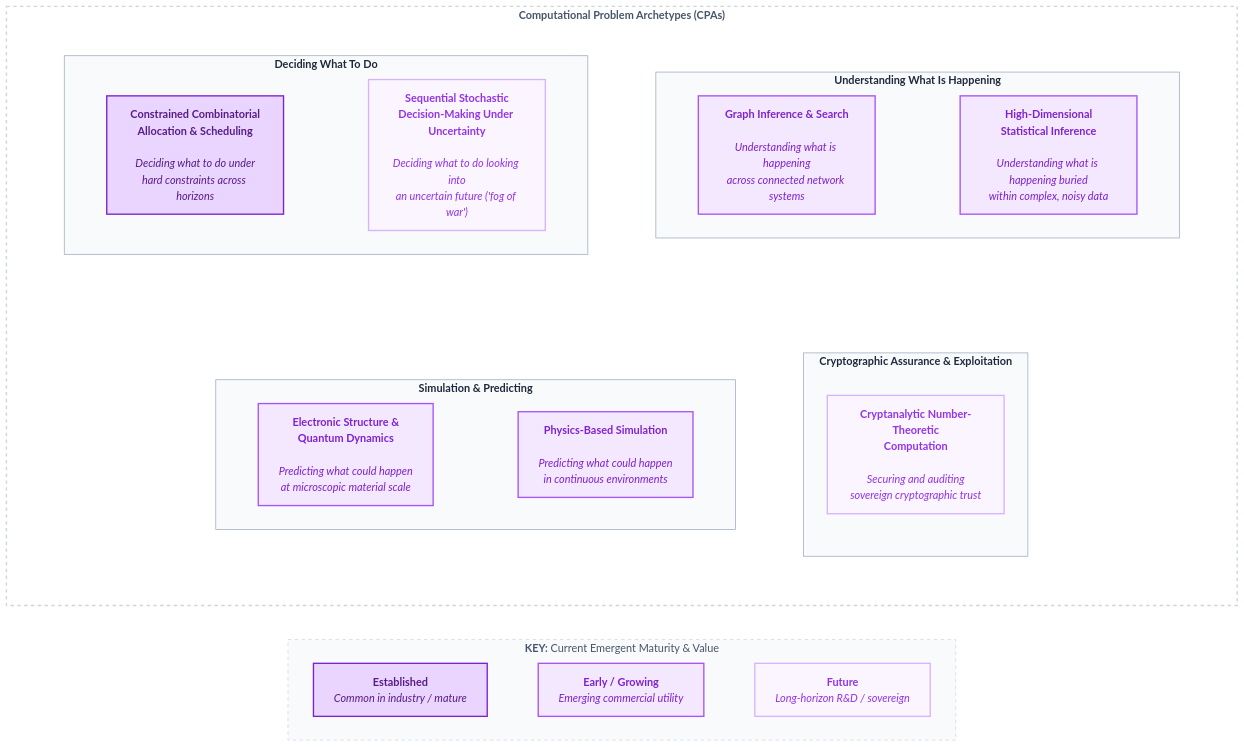
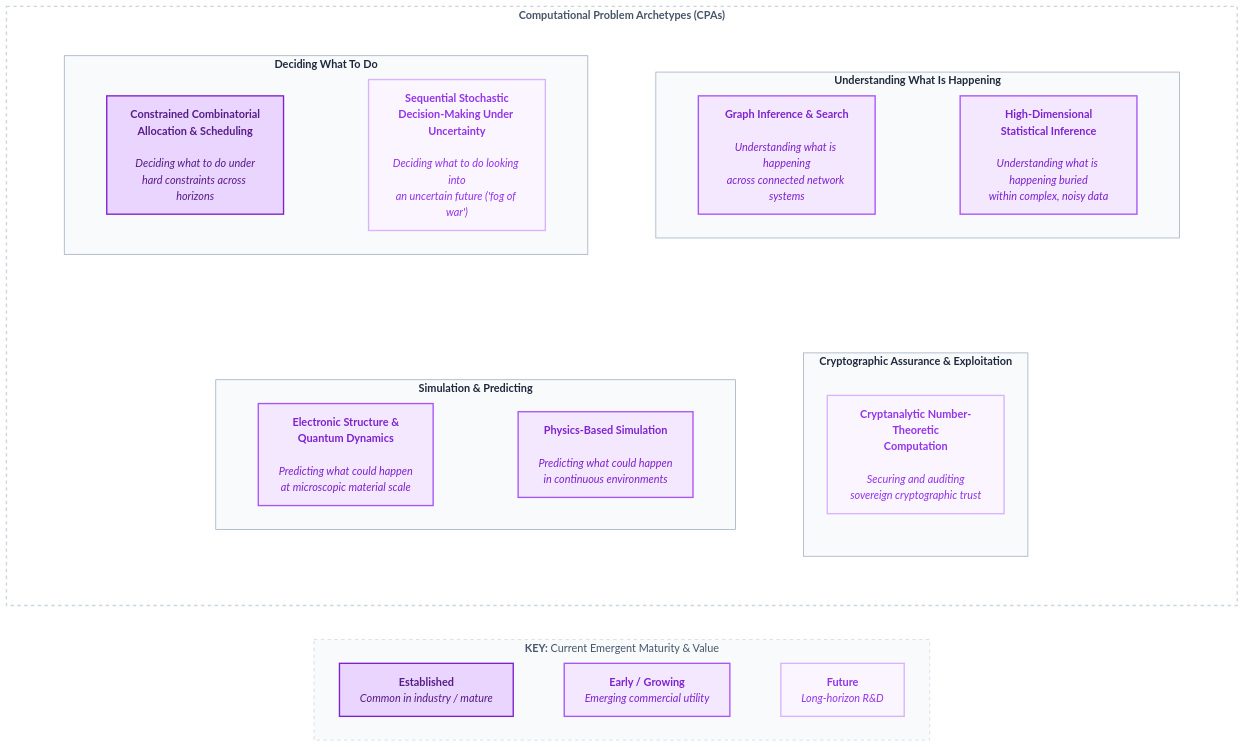
The second of 8 diagrams in quantum/The_Emergent_Algorithmic_Bridge.md (baddogdown/knowledge), drawn with Mermaid (neutral theme) before and after one commit. The commit also changed other lines of this file, not shown here.

````diff
--- a/quantum/The_Emergent_Algorithmic_Bridge.md
+++ b/quantum/The_Emergent_Algorithmic_Bridge.md
@@ -135,71 +135,71 @@
 ```mermaid
 flowchart TB
 
     subgraph CPAS ["<b>Computational Problem Archetypes (CPAs)</b>"]
         direction TB
         
         %% Top Row (2 Boxes)
         subgraph ROW1 [" "]
             direction LR
             subgraph G1 ["<b>Deciding What To Do</b>"]
                 direction LR
                 CPA1["<b>Constrained Combinatorial<br/>Allocation & Scheduling</b><br/><br/><i>Deciding what to do under<br/>hard constraints across horizons</i>"]
                 CPA2["<b>Sequential Stochastic<br/>Decision-Making Under Uncertainty</b><br/><br/><i>Deciding what to do looking into<br/>an uncertain future ('fog of war')</i>"]
                 CPA1 ~~~ CPA2
             end
             subgraph G2 ["<b>Understanding What Is Happening</b>"]
                 direction LR
                 CPA3["<b>Graph Inference & Search</b><br/><br/><i>Understanding what is happening<br/>across connected network systems</i>"]
                 CPA4["<b>High-Dimensional<br/>Statistical Inference</b><br/><br/><i>Understanding what is happening buried<br/>within complex, noisy data</i>"]
                 CPA3 ~~~ CPA4
             end
             G1 ~~~ G2
         end
 
         %% Bottom Row (2 Boxes)
         subgraph ROW2 [" "]
             direction LR
             subgraph G3 ["<b>Simulation & Predicting</b>"]
                 direction LR
                 CPA5["<b>Electronic Structure &<br/>Quantum Dynamics</b><br/><br/><i>Predicting what could happen<br/>at microscopic material scale</i>"]
                 CPA6["<b>Physics-Based Simulation</b><br/><br/><i>Predicting what could happen<br/>in continuous environments</i>"]
                 CPA5 ~~~ CPA6
             end
             subgraph G4 ["<b>Cryptographic Assurance & Exploitation</b>"]
                 direction TB
                 CPA7["<b>Cryptanalytic Number-Theoretic<br/>Computation</b><br/><br/><i>Securing and auditing<br/>sovereign cryptographic trust</i>"]
             end
             G3 ~~~ G4
         end
 
         ROW1 ~~~ ROW2
     end
 
     subgraph KEY ["<b>KEY:</b> Current Emergent Maturity & Value"]
         direction LR
         K1["<b>Established</b><br/><i>Common in industry / mature</i>"]
         K2["<b>Early / Growing</b><br/><i>Emerging commercial utility</i>"]
-        K3["<b>Future</b><br/><i>Long-horizon R&D / sovereign</i>"]
+        K3["<b>Future</b><br/><i>Long-horizon R&D</i>"]
         K1 ~~~ K2 ~~~ K3
     end
 
     CPAS ~~~ KEY
 
     %% Styling Classes for Maturity
     classDef strong fill:#e9d5ff,stroke:#7e22ce,stroke-width:2px,color:#581c87
     classDef medium fill:#f3e8ff,stroke:#a855f7,stroke-width:2px,color:#7e22ce
     classDef weak fill:#faf5ff,stroke:#d8b4fe,stroke-width:2px,color:#9333ea
 
     class CPA1,K1 strong
     class CPA3,CPA4,CPA5,CPA6,K2 medium
     class CPA2,CPA7,K3 weak
 
     style CPAS fill:#ffffff,stroke:#cbd5e1,stroke-width:2px,stroke-dasharray: 5 5,color:#475569
     style ROW1 fill:none,stroke:none
     style ROW2 fill:none,stroke:none
     style G1 fill:#f8fafc,stroke:#94a3b8,stroke-width:1px,color:#1e293b
     style G2 fill:#f8fafc,stroke:#94a3b8,stroke-width:1px,color:#1e293b
     style G3 fill:#f8fafc,stroke:#94a3b8,stroke-width:1px,color:#1e293b
     style G4 fill:#f8fafc,stroke:#94a3b8,stroke-width:1px,color:#1e293b
     style KEY fill:#f8fafc,stroke:#cbd5e1,stroke-width:1px,stroke-dasharray: 5 5,color:#475569
 ```
````
